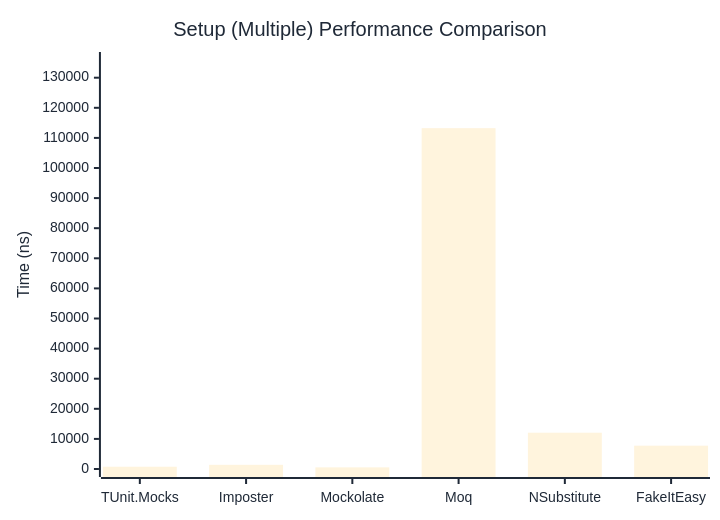
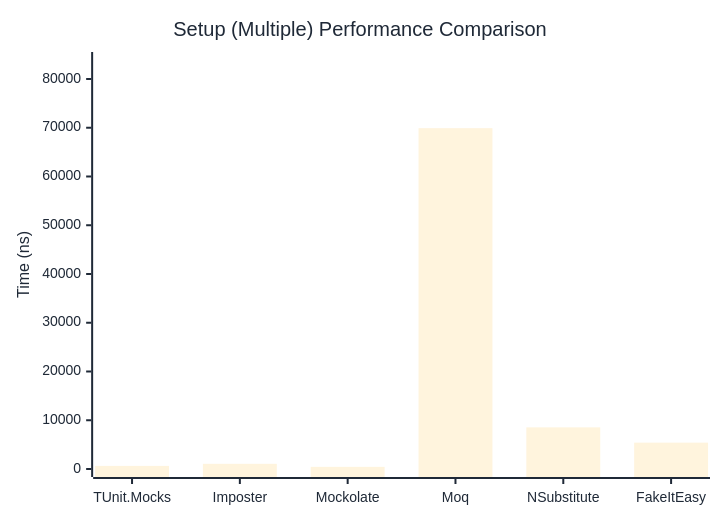
One commit to thomhurst/TUnit changed the second of 2 diagrams in docs/docs/benchmarks/mocks/Setup.md. Above: the diagram before and after it, drawn with Mermaid. The commit also changed other lines of this file and 14 other files, not shown here.

````diff
--- a/docs/docs/benchmarks/mocks/Setup.md
+++ b/docs/docs/benchmarks/mocks/Setup.md
@@ -71,27 +71,27 @@
 ```mermaid
 %%{init: {
   'theme':'base',
   'themeVariables': {
     'primaryColor': '#2563eb',
     'primaryTextColor': '#1f2937',
     'primaryBorderColor': '#1e40af',
     'lineColor': '#6b7280',
     'secondaryColor': '#7c3aed',
     'tertiaryColor': '#dc2626',
     'background': '#ffffff',
     'pie1': '#2563eb',
     'pie2': '#7c3aed',
     'pie3': '#dc2626',
     'pie4': '#f59e0b',
     'pie5': '#10b981',
     'pie6': '#06b6d4',
     'pie7': '#ec4899',
     'pie8': '#6366f1'
   }
 }}%%
 xychart-beta
   title "Setup (Multiple) Performance Comparison"
   x-axis ["TUnit.Mocks", "Imposter", "Mockolate", "Moq", "NSubstitute", "FakeItEasy"]
-  y-axis "Time (ns)" 0 --> 135880
-  bar [756.7, 1385, 542.5, 113233.3, 12054.3, 7751.3]
+  y-axis "Time (ns)" 0 --> 83894
+  bar [633, 1065.4, 439.1, 69911, 8538, 5405]
 ```
````
